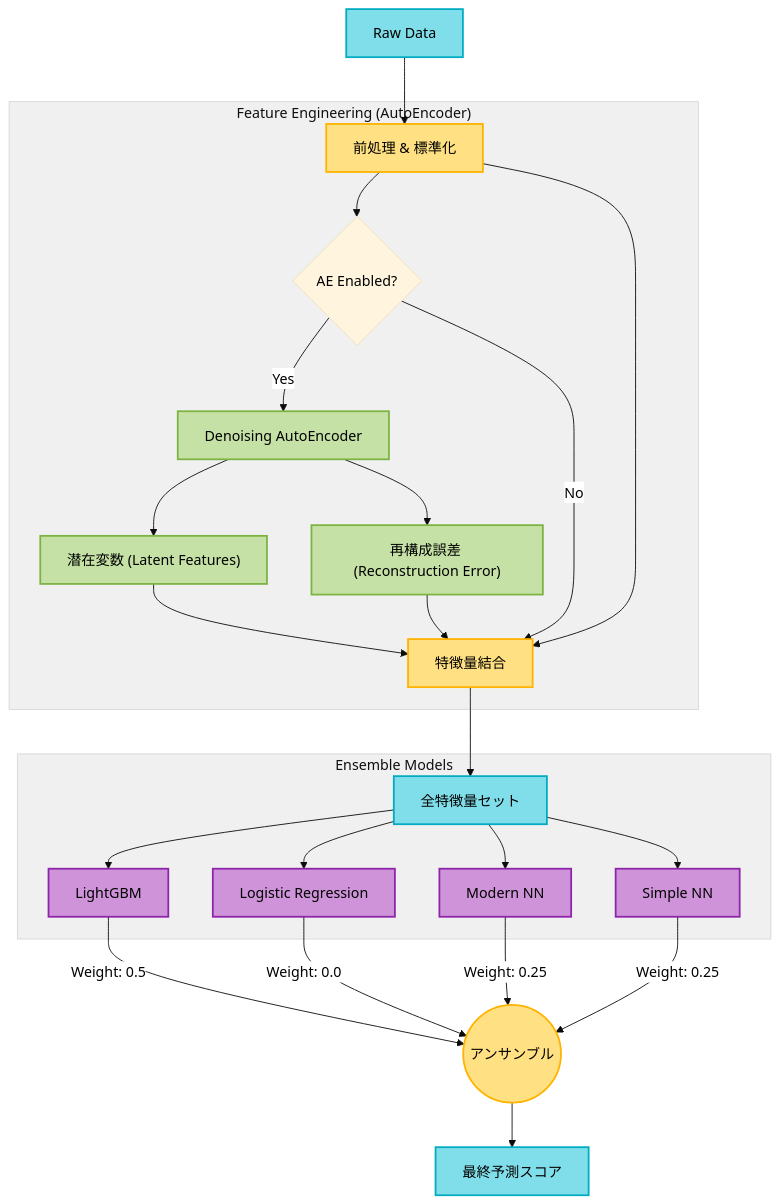
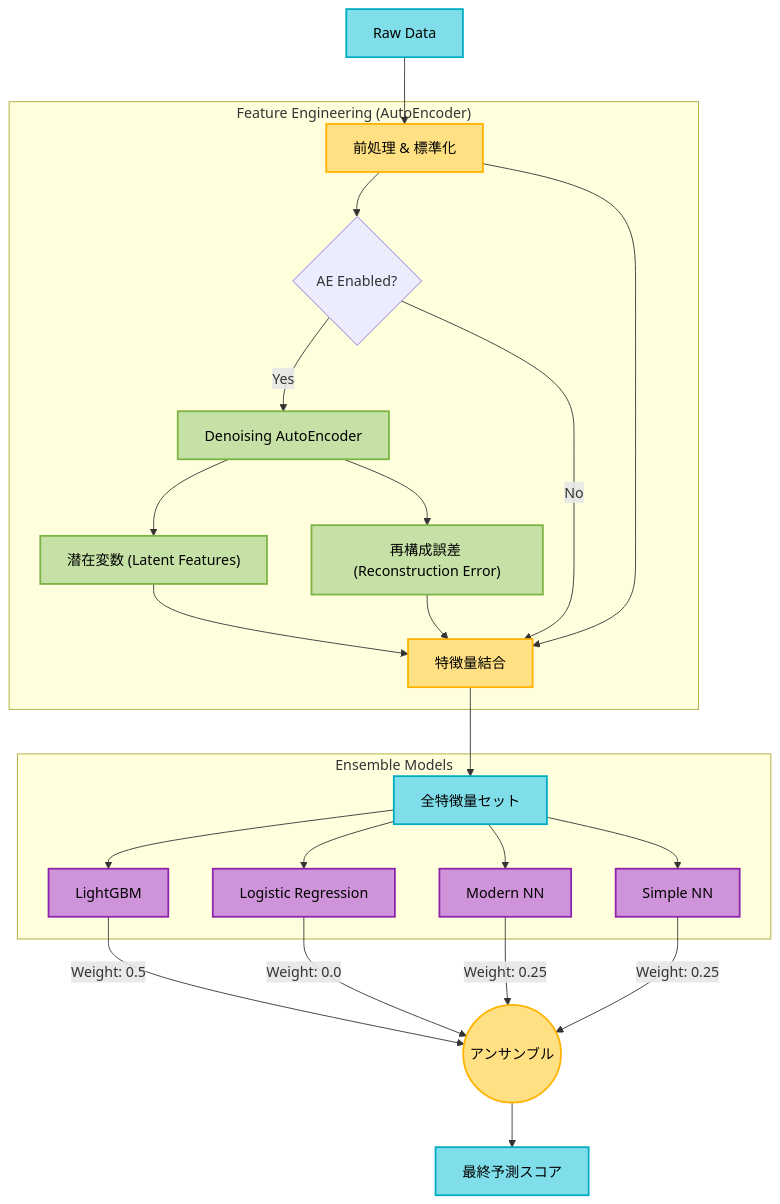
The diagram in README.md (souldrive7/stock_analysis), drawn with Mermaid before and after one commit.

Commit message:
Update README.md with font and color settings

````diff
--- a/README.md
+++ b/README.md
@@ -17,43 +17,48 @@
 ```mermaid
 graph TD
-    %% ダークモード対応の初期設定（文字色を黒、エッジのラベル背景を暗く設定）
-    %%{init: {'theme': 'base', 'themeVariables': { 'primaryTextColor': '#000000', 'edgeLabelBackground':'#ffffff', 'tertiaryColor': '#f0f0f0'}}}%%
+    %% フォント設定と配色設定
+    %% fontFamilyに日本語フォントを優先順に指定
+    %%{init: {
+        'theme': 'base',
+        'themeVariables': {
+            'primaryTextColor': '#000000',
+            'edgeLabelBackground':'#ffffff',
+            'tertiaryColor': '#f0f0f0',
+            'fontFamily': '"Meiryo", "BIZ UDPGothic", "Hiragino Kaku Gothic ProN", "Yu Gothic", sans-serif'
+        }
+    }}%%
 
-    %% ノードのスタイル定義 (明るく鮮やかで、文字が読みやすい配色に変更)
-    %% data: 明るいシアンブルー (データフローを表現)
+    %% ノードのスタイル定義
     classDef data fill:#80DEEA,stroke:#00ACC1,stroke-width:2px,color:#000000;
-    %% process: 明るいアンバー/オレンジ (処理・アクションを表現)
     classDef process fill:#FFE082,stroke:#FFB300,stroke-width:2px,color:#000000;
-    %% ae: 明るいライムグリーン (AutoEncoder関連を表現)
     classDef ae fill:#C5E1A5,stroke:#7CB342,stroke-width:2px,color:#000000;
-    %% model: 明るいラベンダーパープル (予測モデルを表現)
     classDef model fill:#CE93D8,stroke:#8E24AA,stroke-width:2px,color:#000000;
 
     Data[Raw Data]:::data --> Pre[前処理 & 標準化]:::process
     Pre --> Switch{AE Enabled?}
 
     subgraph "Feature Engineering (AutoEncoder)"
         Switch -- Yes --> AE[Denoising AutoEncoder]:::ae
         AE --> Latent["潜在変数 (Latent Features)"]:::ae
         AE --> Recon["再構成誤差 (Reconstruction Error)"]:::ae
         Latent & Recon --> Concat[特徴量結合]:::process
         Switch -- No --> Concat
         Pre --> Concat
     end
 
     Concat --> Features[全特徴量セット]:::data
 
     subgraph "Ensemble Models"
         Features --> LGBM[LightGBM]:::model
         Features --> Logit[Logistic Regression]:::model
         Features --> M_NN[Modern NN]:::model
         Features --> S_NN[Simple NN]:::model
     end
 
     LGBM -->|Weight: 0.5| Ens((アンサンブル)):::process
     Logit -->|Weight: 0.0| Ens
     M_NN -->|Weight: 0.25| Ens
     S_NN -->|Weight: 0.25| Ens
 
     Ens --> Result[最終予測スコア]:::data
 ```
````
